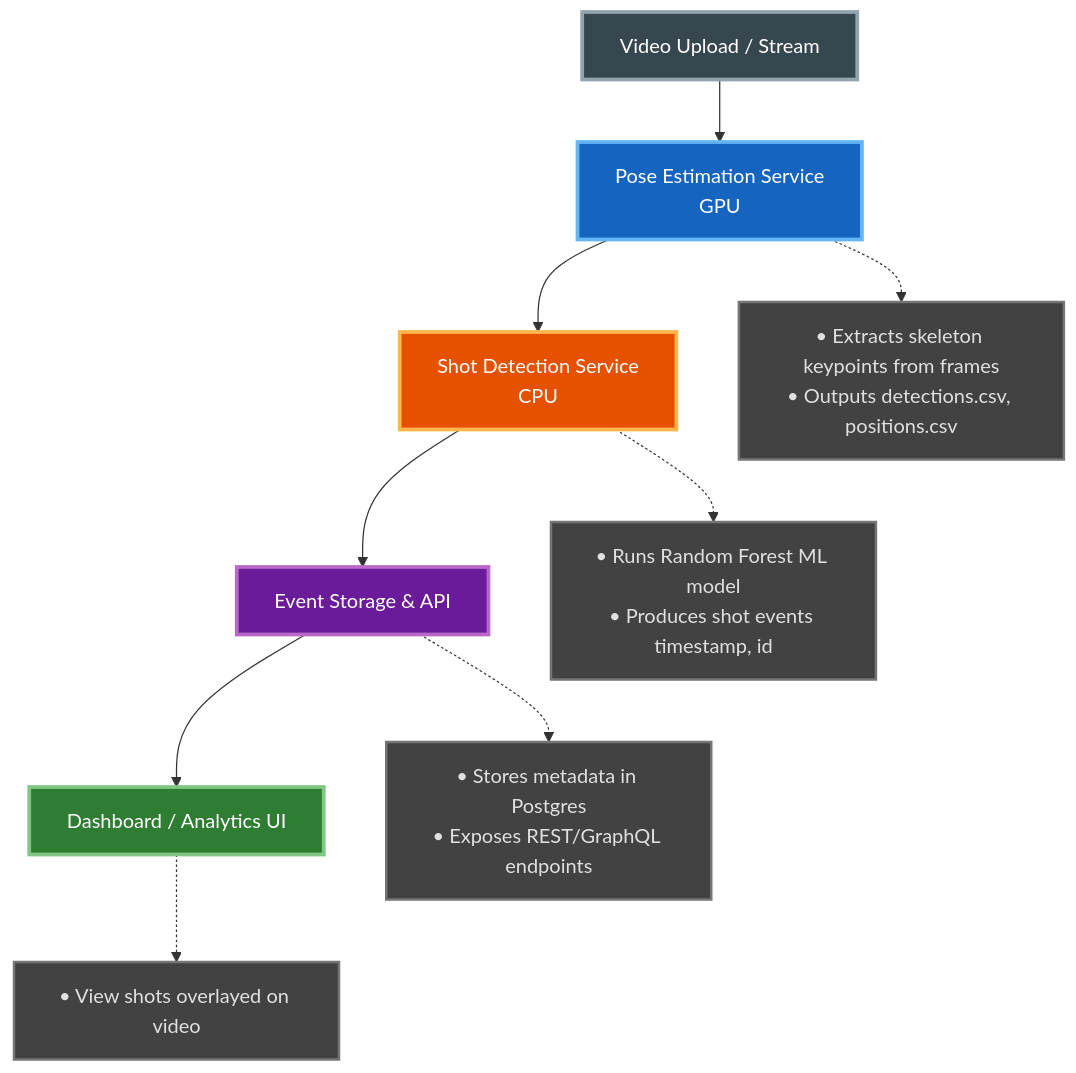
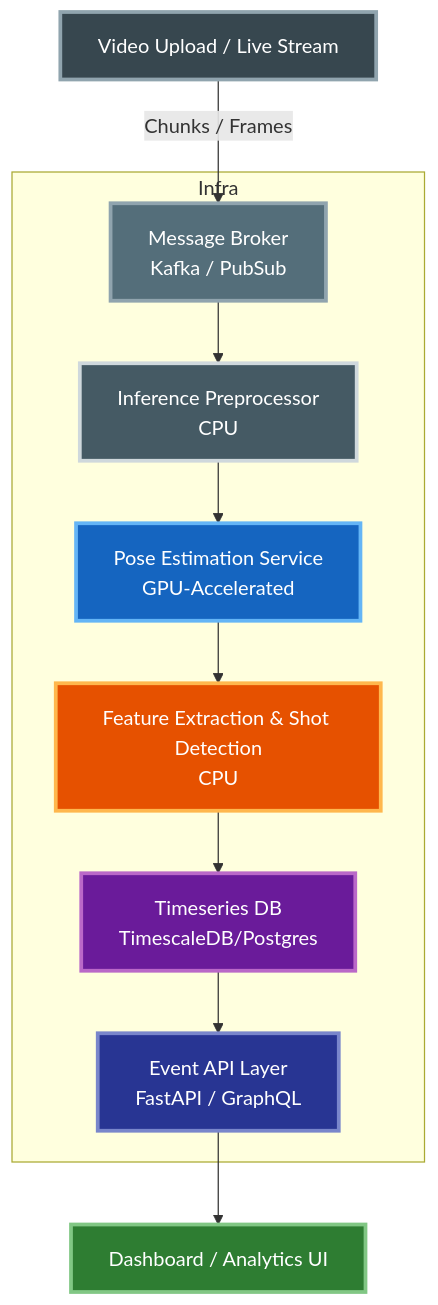
Before and after one commit to pedroacvieira/ShotAttemptDetection: the diagram in README.md, drawn with Mermaid. The commit also changed other lines of this file, not shown here.

Commit message:
Improve mermaid graph

````diff
--- a/README.md
+++ b/README.md
@@ -287,25 +287,30 @@
 ```mermaid
 graph TD
-    A[Video Upload / Stream] --> B[Pose Estimation Service<br/>GPU]
-    B --> C[Shot Detection Service<br/>CPU]
-    C --> D[Event Storage & API]
-    D --> E[Dashboard / Analytics UI]
+    V[Video Upload / Live Stream] -->|Chunks / Frames| K[Message Broker<br/>Kafka / PubSub]
 
-    style A fill:#37474f,stroke:#90a4ae,stroke-width:3px,color:#fff
-    style B fill:#1565c0,stroke:#64b5f6,stroke-width:3px,color:#fff
-    style C fill:#e65100,stroke:#ffb74d,stroke-width:3px,color:#fff
-    style D fill:#6a1b9a,stroke:#ba68c8,stroke-width:3px,color:#fff
-    style E fill:#2e7d32,stroke:#81c784,stroke-width:3px,color:#fff
+    K --> IP[Inference Preprocessor<br/>CPU]
+    IP --> PE[Pose Estimation Service<br/>GPU-Accelerated]
+    PE --> FE[Feature Extraction & Shot Detection<br/>CPU]
 
-    classDef notes fill:#424242,stroke:#757575,stroke-width:2px,color:#e0e0e0
+    FE --> TS[Timeseries DB<br/>TimescaleDB/Postgres]
+    TS --> API[Event API Layer<br/>FastAPI / GraphQL]
+    API --> UI[Dashboard / Analytics UI]
 
-    B1["• Extracts skeleton keypoints from frames<br/>• Outputs detections.csv, positions.csv"]:::notes
-    C1["• Runs Random Forest ML model<br/>• Produces shot events timestamp, id"]:::notes
-    D1["• Stores metadata in Postgres<br/>• Exposes REST/GraphQL endpoints"]:::notes
-    E1["• View shots overlayed on video"]:::notes
+    subgraph Infra
+      K
+      IP
+      PE
+      FE
+      TS
+      API
+    end
 
-    B -.-> B1
-    C -.-> C1
-    D -.-> D1
-    E -.-> E1
+    style V fill:#37474f,stroke:#90a4ae,stroke-width:3px,color:#fff
+    style K fill:#546e7a,stroke:#90a4ae,stroke-width:3px,color:#fff
+    style IP fill:#455a64,stroke:#cfd8dc,stroke-width:3px,color:#fff
+    style PE fill:#1565c0,stroke:#64b5f6,stroke-width:3px,color:#fff
+    style FE fill:#e65100,stroke:#ffb74d,stroke-width:3px,color:#fff
+    style TS fill:#6a1b9a,stroke:#ba68c8,stroke-width:3px,color:#fff
+    style API fill:#283593,stroke:#7986cb,stroke-width:3px,color:#fff
+    style UI fill:#2e7d32,stroke:#81c784,stroke-width:3px,color:#fff
 ```
````
